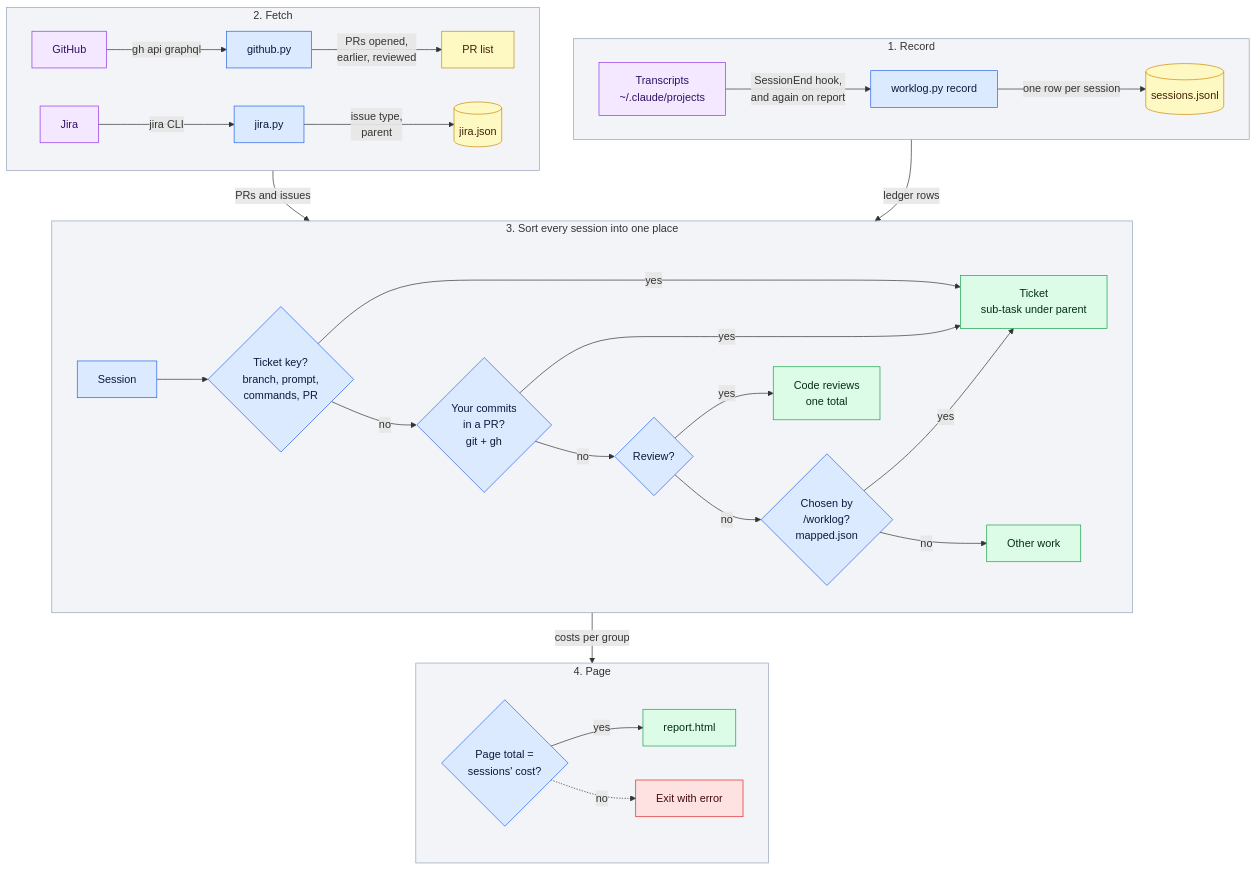
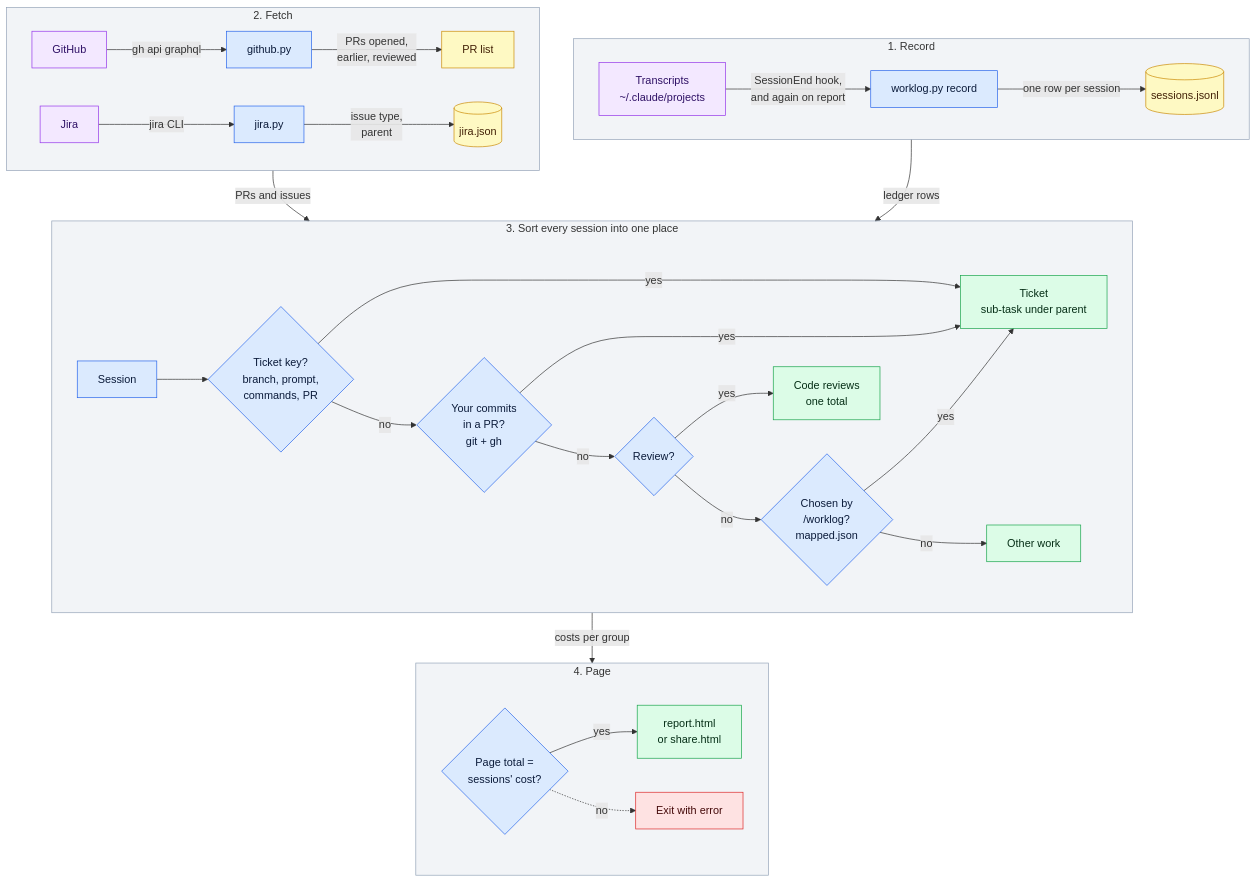
The diagram in skills/worklog/flow.mmd (araltiparmak/claude-harness), drawn with Mermaid before and after one commit. The commit also changed 10 other files, not shown here.

Commit message:
worklog: measure how you use Claude (tips, quality signals, most expensive sessions), --share page without costs, check command, README for colleagues; ledger keeps one row per session; split into ledger.py and page.py

```diff
--- a/skills/worklog/flow.mmd
+++ b/skills/worklog/flow.mmd
@@ -1,42 +1,42 @@
 %% How /worklog turns sessions, pull requests and Jira issues into one page. Render: diagrams/scripts/render.sh flow.mmd
 flowchart TB
   subgraph fetch [2. Fetch]
     direction LR
     gh[GitHub] -- gh api graphql --> ghp[github.py] -- PRs opened,<br/>earlier, reviewed --> prs[PR list]
     jc[Jira] -- jira CLI --> jp[jira.py] -- issue type,<br/>parent --> cache[(jira.json)]
   end
   subgraph rec [1. Record]
     direction LR
     tr[Transcripts<br/>~/.claude/projects] -- SessionEnd hook,<br/>and again on report --> rc[worklog.py record] -- one row per session --> led[(sessions.jsonl)]
   end
   subgraph sort [3. Sort every session into one place]
     direction LR
     s[Session] --> key{Ticket key?<br/>branch, prompt,<br/>commands, PR} -- yes --> tk[Ticket<br/>sub-task under parent]
     key -- no --> cm{Your commits<br/>in a PR?<br/>git + gh} -- yes --> tk
     cm -- no --> rv{Review?} -- yes --> rpr[Code reviews<br/>one total]
     rv -- no --> mp{Chosen by<br/>/worklog?<br/>mapped.json} -- yes --> tk
     mp -- no --> oth[Other work]
   end
   subgraph out [4. Page]
     direction LR
-    chk{Page total =<br/>sessions' cost?} -- yes --> page[report.html]
+    chk{Page total =<br/>sessions' cost?} -- yes --> page[report.html<br/>or share.html]
     chk -. no .-> stop[Exit with error]
   end
   fetch -- PRs and issues --> sort
   rec -- ledger rows --> sort
   sort -- costs per group --> out
 
   classDef step fill:#dbeafe,stroke:#2563eb,color:#0b1b3a
   classDef ext fill:#f3e8ff,stroke:#9333ea,color:#2e1065
   classDef data fill:#fef9c3,stroke:#ca8a04,color:#422006
   classDef fail fill:#fee2e2,stroke:#dc2626,color:#450a0a
   classDef done fill:#dcfce7,stroke:#16a34a,color:#052e16
   class rc,ghp,jp,s,key,cm,rv,mp,chk step
   class tr,gh,jc ext
   class led,prs,cache data
   class stop fail
   class tk,rpr,oth,page done
   style rec fill:#94a3b81f,stroke:#94a3b8
   style fetch fill:#94a3b81f,stroke:#94a3b8
   style sort fill:#94a3b81f,stroke:#94a3b8
   style out fill:#94a3b81f,stroke:#94a3b8
```
